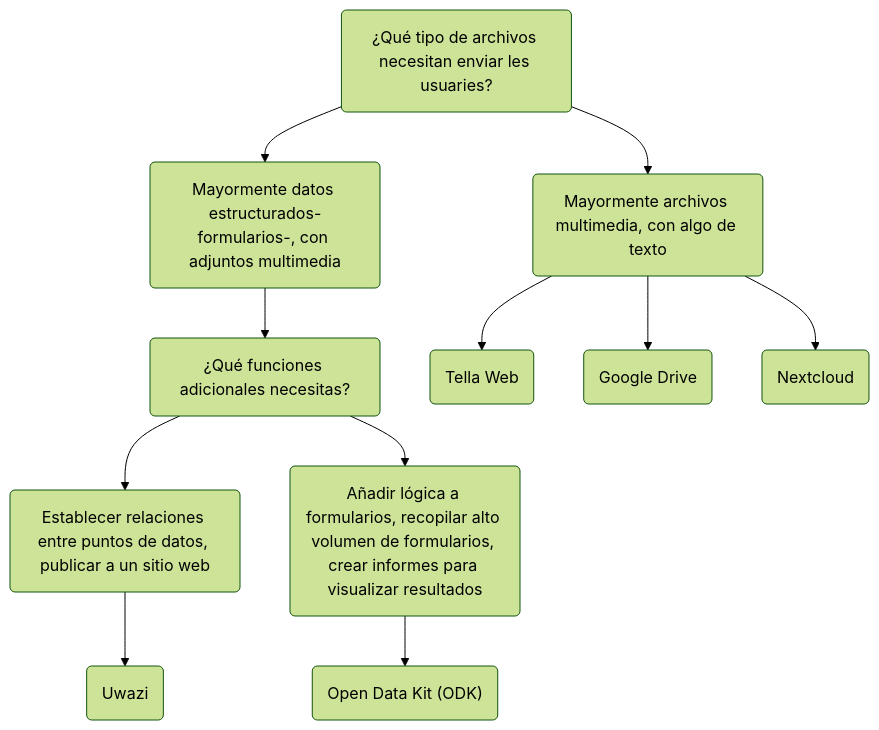
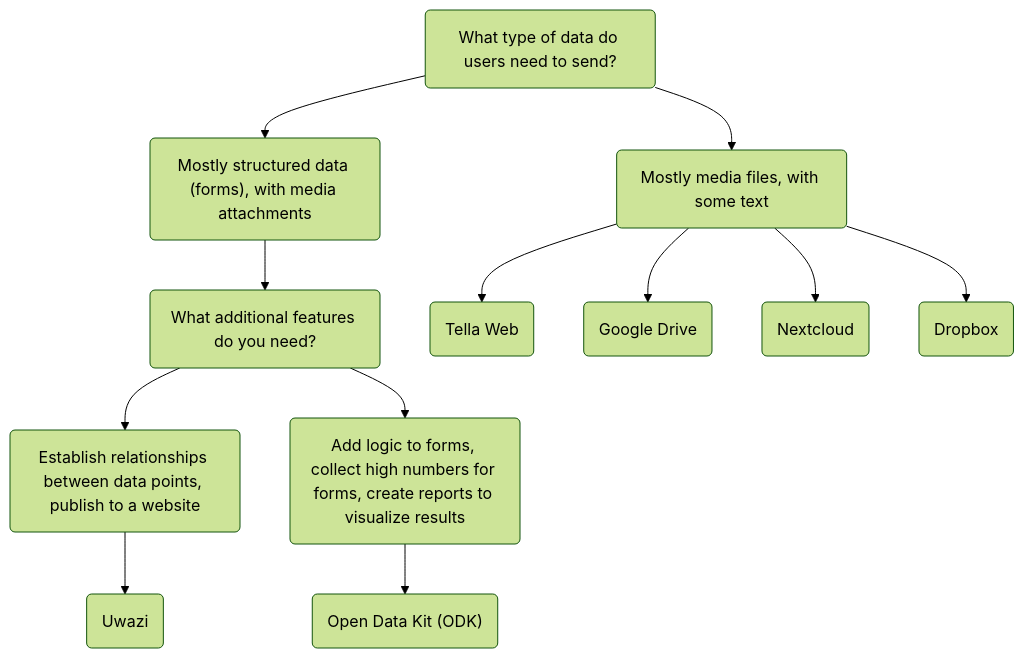
One commit to Horizontal-org/Tella-website changed the diagram in i18n/es-419/docusaurus-plugin-content-docs/current/For organizations/overview.md. Above: the diagram before and after it, drawn with Mermaid (forest theme). The commit also changed other lines of this file, not shown here.

````diff
--- a/i18n/es-419/docusaurus-plugin-content-docs/current/For organizations/overview.md
+++ b/i18n/es-419/docusaurus-plugin-content-docs/current/For organizations/overview.md
@@ -32,13 +40,14 @@
 ```mermaid
 graph TD;
-    id1(¿Qué tipo de archivos necesitan enviar les usuaries?) --> id2("Mayormente datos estructurados-formularios-, con adjuntos multimedia");
-    id1 --> id3("Mayormente archivos multimedia, con algo de texto") ;
-    id2 --> id4("¿Qué funciones adicionales necesitas?");
+    id1(What type of data do users need to send?) --> id2("Mostly structured data (forms), with media attachments");
+    id1 --> id3("Mostly media files, with some text") ;
+    id2 --> id4("What additional features do you need?");
     id3 --> id5("Tella Web");
     id3 --> id11("Google Drive");
     id3 --> id12("Nextcloud");
-    id4 --> id6("Establecer relaciones entre puntos de datos, publicar a un sitio web")
-    id4 --> id7("Añadir lógica a formularios, recopilar alto volumen de formularios, crear informes para visualizar resultados")
+    id3 --> id13("Dropbox");
+    id4 --> id6("Establish relationships between data points, publish to a website")
+    id4 --> id7("Add logic to forms, collect high numbers for forms, create reports to visualize results")
     id6 --> id8("Uwazi")
     id7 --> id9("Open Data Kit (ODK)")
 ```
````
